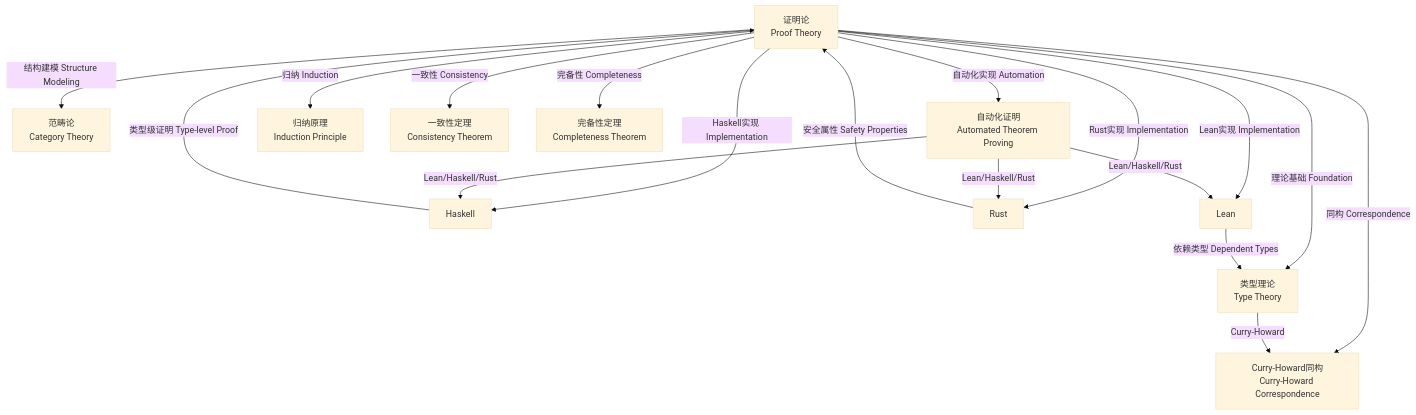
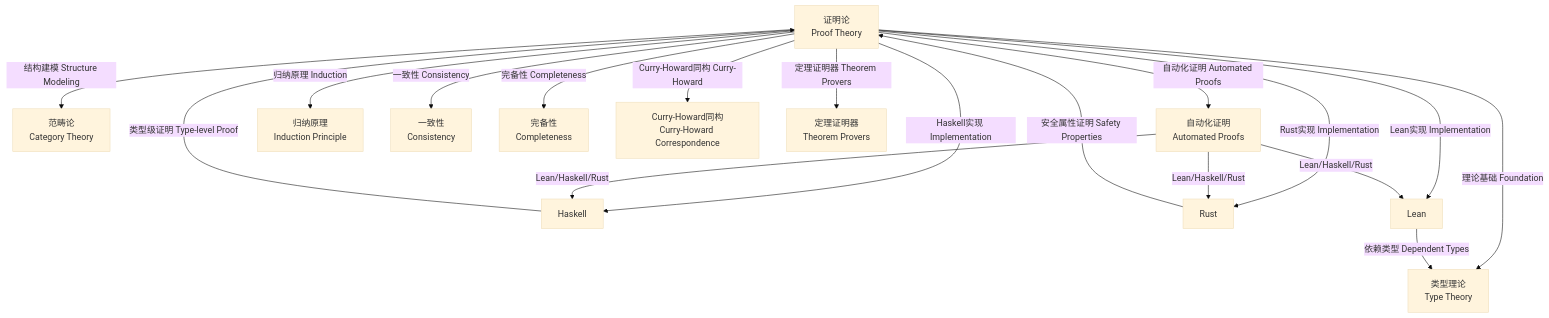
The diagram in docs/analysis/Haskell_Rust_Lean/ProofTheory/knowledge_graph.mmd (AdaMartin18010/haskell), drawn with Mermaid (base theme) before and after one commit. The commit also changed 21 other files, not shown here.

```diff
--- a/docs/analysis/Haskell_Rust_Lean/ProofTheory/knowledge_graph.mmd
+++ b/docs/analysis/Haskell_Rust_Lean/ProofTheory/knowledge_graph.mmd
@@ -1,30 +1,32 @@
 graph TD
   A["证明论\nProof Theory"]
   B["类型理论\nType Theory"]
   C["范畴论\nCategory Theory"]
-  D["自动化证明\nAutomated Theorem Proving"]
-  E["Haskell"]
-  F["Rust"]
-  G["Lean"]
-  H["归纳原理\nInduction Principle"]
-  I["Curry-Howard同构\nCurry-Howard Correspondence"]
-  J["一致性定理\nConsistency Theorem"]
-  K["完备性定理\nCompleteness Theorem"]
+  D["自动化证明\nAutomated Proofs"]
+  E["归纳原理\nInduction Principle"]
+  F["一致性\nConsistency"]
+  G["完备性\nCompleteness"]
+  H["Haskell"]
+  I["Rust"]
+  J["Lean"]
+  K["Curry-Howard同构\nCurry-Howard Correspondence"]
+  L["定理证明器\nTheorem Provers"]
 
   A -- "理论基础 Foundation" --> B
   A -- "结构建模 Structure Modeling" --> C
-  A -- "自动化实现 Automation" --> D
-  A -- "归纳 Induction" --> H
-  A -- "同构 Correspondence" --> I
-  A -- "一致性 Consistency" --> J
-  A -- "完备性 Completeness" --> K
-  A -- "Haskell实现 Implementation" --> E
-  A -- "Rust实现 Implementation" --> F
-  A -- "Lean实现 Implementation" --> G
-  B -- "Curry-Howard" --> I
-  G -- "依赖类型 Dependent Types" --> B
-  E -- "类型级证明 Type-level Proof" --> A
-  F -- "安全属性 Safety Properties" --> A
-  D -- "Lean/Haskell/Rust" --> G
-  D -- "Lean/Haskell/Rust" --> E
-  D -- "Lean/Haskell/Rust" --> F 
+  A -- "自动化证明 Automated Proofs" --> D
+  A -- "归纳原理 Induction" --> E
+  A -- "一致性 Consistency" --> F
+  A -- "完备性 Completeness" --> G
+  A -- "Haskell实现 Implementation" --> H
+  A -- "Rust实现 Implementation" --> I
+  A -- "Lean实现 Implementation" --> J
+  A -- "Curry-Howard同构 Curry-Howard" --> K
+  A -- "定理证明器 Theorem Provers" --> L
+  H -- "类型级证明 Type-level Proof" --> A
+  I -- "安全属性证明 Safety Properties" --> A
+  J -- "依赖类型 Dependent Types" --> B
+  D -- "Lean/Haskell/Rust" --> J
+  D -- "Lean/Haskell/Rust" --> H
+  D -- "Lean/Haskell/Rust" --> I
+  %% #ProofTheory-7 #ProofTheory-7.10 知识图谱 Knowledge Graph 
```
